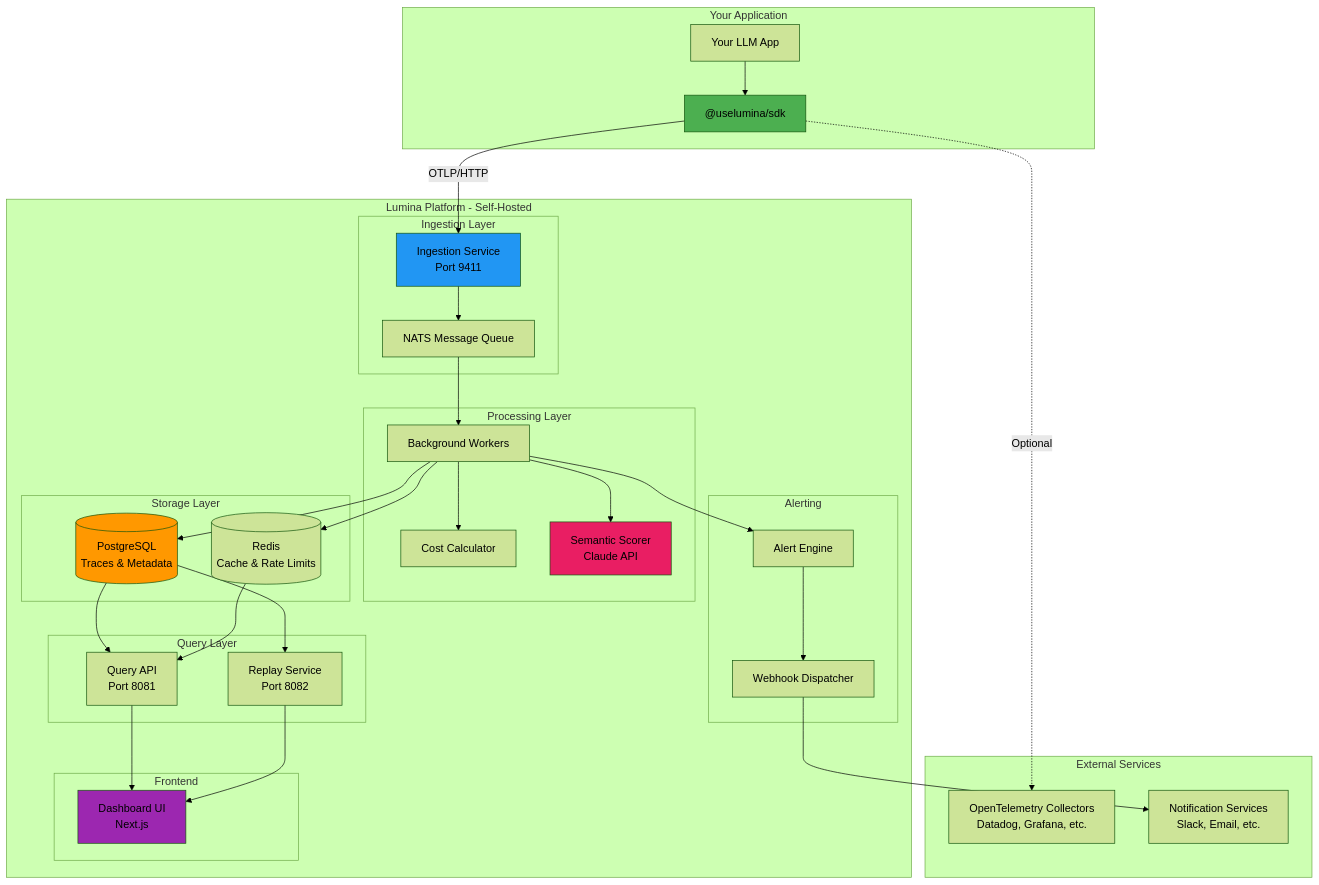
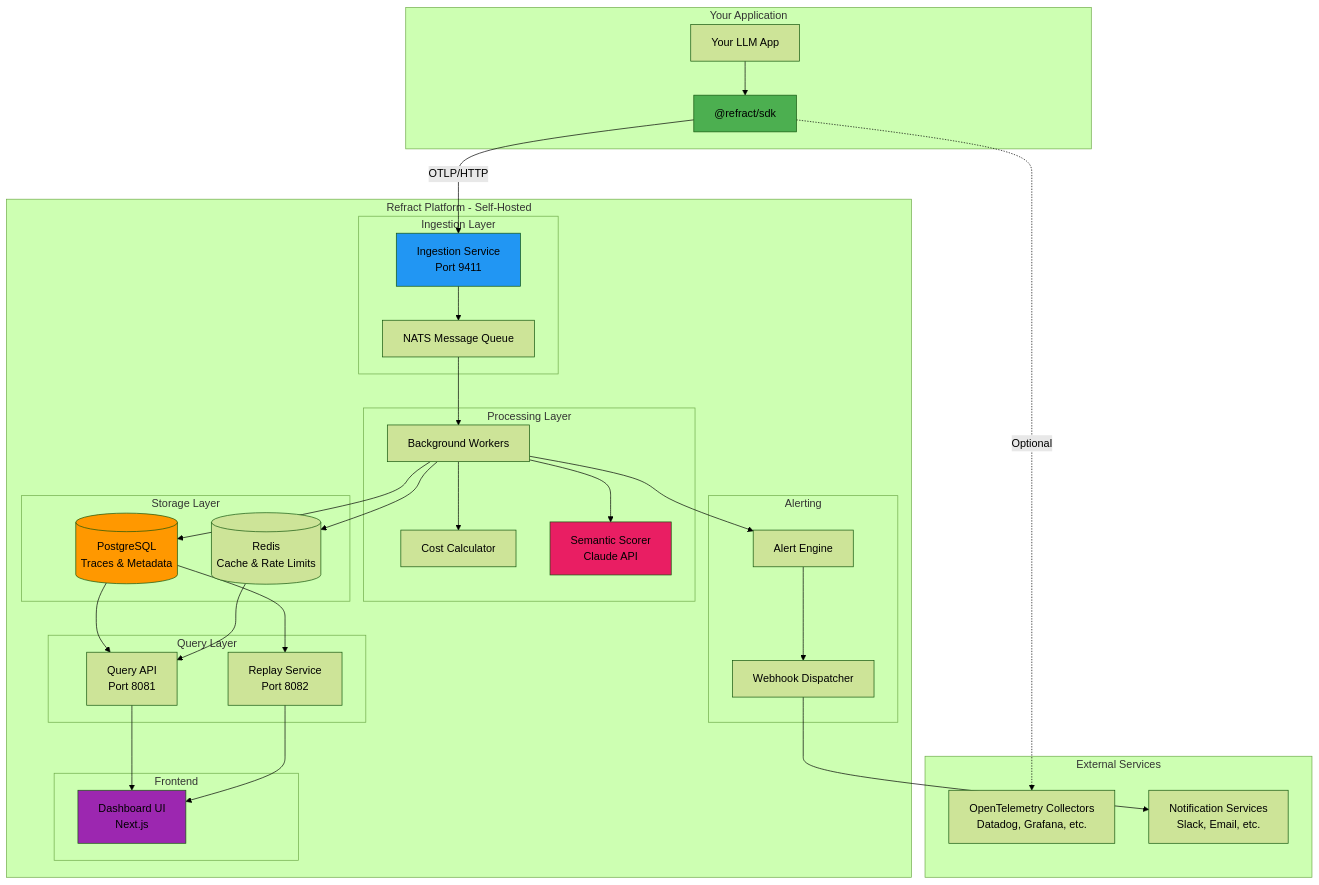
The diagram in docs/guides/architecture.md (SaarangArora11/AIX_observability), drawn with Mermaid (forest theme) before and after one commit. The commit also changed other lines of this file and 115 other files, not shown here.

````diff
--- a/docs/guides/architecture.md
+++ b/docs/guides/architecture.md
@@ -9,68 +9,68 @@
 ```mermaid
 graph TB
     subgraph "Your Application"
         APP[Your LLM App]
-        SDK["@uselumina/sdk"]
+        SDK["@refract/sdk"]
         APP --> SDK
     end
 
-    subgraph "Lumina Platform - Self-Hosted"
+    subgraph "Refract Platform - Self-Hosted"
         subgraph "Ingestion Layer"
             INGEST["Ingestion Service<br/>Port 9411"]
             NATS["NATS Message Queue"]
             INGEST --> NATS
         end
 
         subgraph "Processing Layer"
             WORKER["Background Workers"]
             COST["Cost Calculator"]
             SEMANTIC["Semantic Scorer<br/>Claude API"]
             NATS --> WORKER
             WORKER --> COST
             WORKER --> SEMANTIC
         end
 
         subgraph "Storage Layer"
             PG[("PostgreSQL<br/>Traces & Metadata")]
             REDIS[("Redis<br/>Cache & Rate Limits")]
             WORKER --> PG
             WORKER --> REDIS
         end
 
         subgraph "Query Layer"
             API["Query API<br/>Port 8081"]
             REPLAY["Replay Service<br/>Port 8082"]
             PG --> API
             PG --> REPLAY
             REDIS --> API
         end
 
         subgraph "Frontend"
             DASH["Dashboard UI<br/>Next.js"]
             API --> DASH
             REPLAY --> DASH
         end
 
         subgraph "Alerting"
             ALERT["Alert Engine"]
             WEBHOOK["Webhook Dispatcher"]
             WORKER --> ALERT
             ALERT --> WEBHOOK
         end
     end
 
     subgraph "External Services"
         OTEL["OpenTelemetry Collectors<br/>Datadog, Grafana, etc."]
         NOTIFY["Notification Services<br/>Slack, Email, etc."]
     end
 
     SDK -->|"OTLP/HTTP"| INGEST
     SDK -.->|"Optional"| OTEL
     WEBHOOK --> NOTIFY
 
     style SDK fill:#4CAF50
     style INGEST fill:#2196F3
     style PG fill:#FF9800
     style DASH fill:#9C27B0
     style SEMANTIC fill:#E91E63
 ```
````
